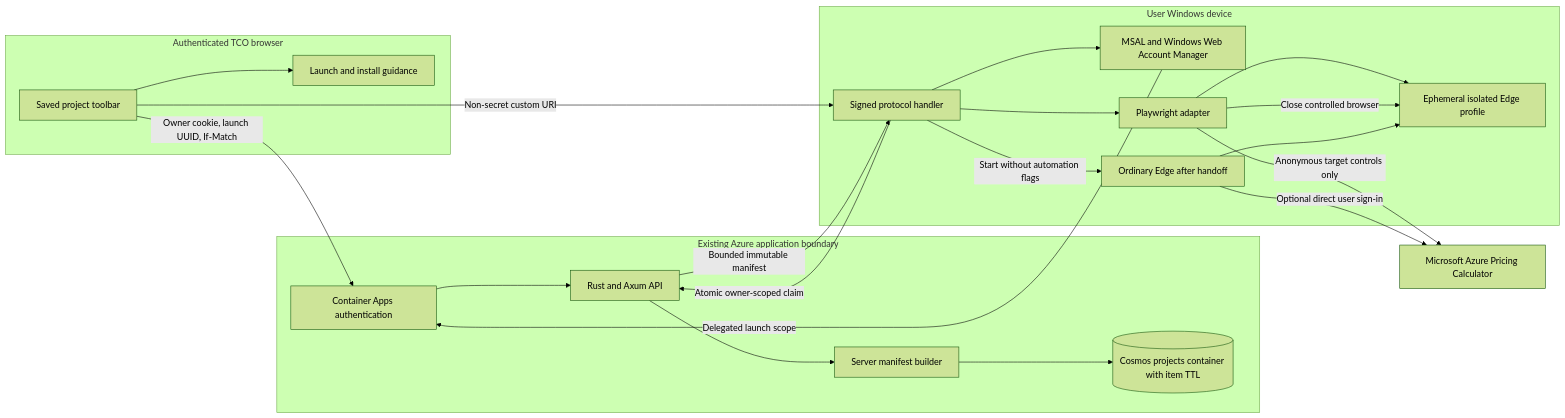
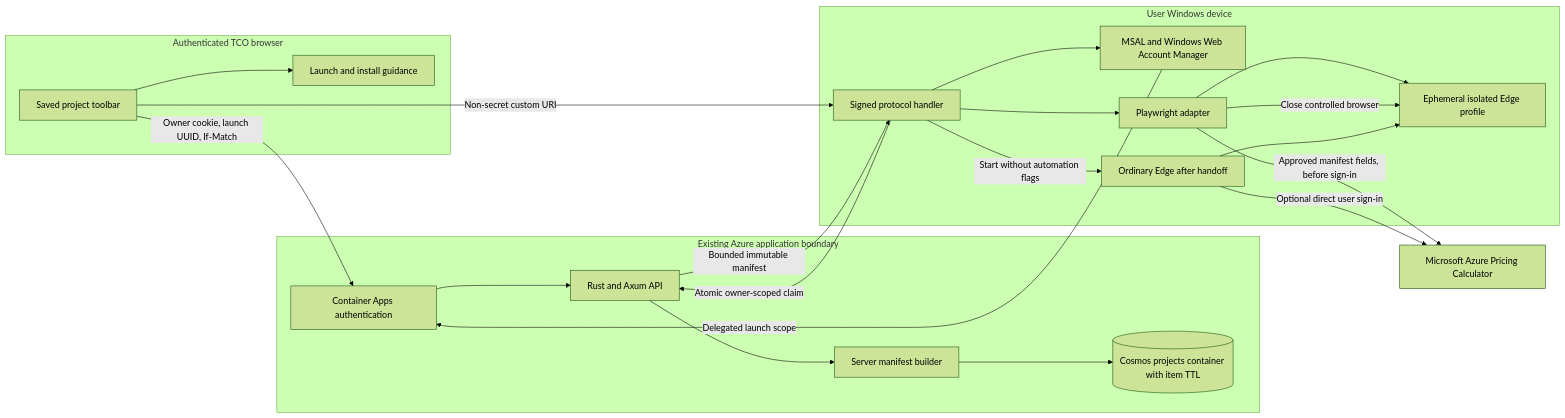
Before and after one commit to threadkeeper/tco-calculator: the first of 3 diagrams in research/azure_open_calulator.md, drawn with Mermaid (forest theme). The commit also changed other lines of this file and 18 other files, not shown here.

````diff
--- a/research/azure_open_calulator.md
+++ b/research/azure_open_calulator.md
@@ -264,39 +266,39 @@
 ```mermaid
 flowchart LR
     subgraph Browser[Authenticated TCO browser]
         UI[Saved project toolbar]
       NOTICE[Launch and install guidance]
     end
     subgraph Azure[Existing Azure application boundary]
         API[Rust and Axum API]
         BUILD[Server manifest builder]
         DB[(Cosmos projects container with item TTL)]
         AUTH[Container Apps authentication]
     end
     subgraph Device[User Windows device]
         ACT[Signed protocol handler]
         WAM[MSAL and Windows Web Account Manager]
         PW[Playwright adapter]
         PDIR[Ephemeral isolated Edge profile]
         EDGE[Ordinary Edge after handoff]
     end
     CALC[Microsoft Azure Pricing Calculator]
 
     UI -->|Owner cookie, launch UUID, If-Match| AUTH
     AUTH --> API
     API --> BUILD
     BUILD --> DB
     UI -->|Non-secret custom URI| ACT
     ACT --> WAM
     WAM -->|Delegated launch scope| AUTH
     ACT -->|Atomic owner-scoped claim| API
     API -->|Bounded immutable manifest| ACT
     ACT --> PW
     PW --> PDIR
-    PW -->|Anonymous target controls only| CALC
+    PW -->|Approved manifest fields, before sign-in| CALC
     PW -->|Close controlled browser| PDIR
     ACT -->|Start without automation flags| EDGE
     EDGE --> PDIR
     EDGE -->|Optional direct user sign-in| CALC
     UI --> NOTICE
 ```
````
